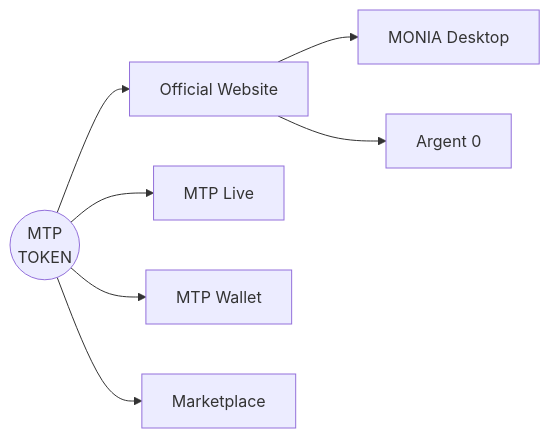
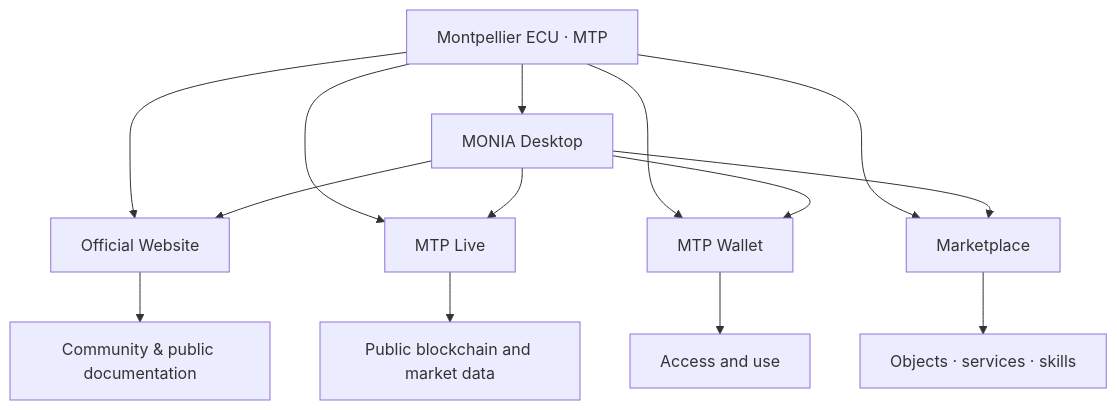
The diagram in README.md (jedi566666/MontpellierECU), drawn with Mermaid before and after one commit. The commit also changed other lines of this file and 1 other file, not shown here.

Commit message:
Publish MTP GitHub Premium V2

````diff
--- a/README.md
+++ b/README.md
@@ -47,17 +115,16 @@
 ```mermaid
-flowchart LR
-    MTP((MTP<br/>TOKEN))
-    SITE[Official Website]
-    LIVE[MTP Live]
-    WALLET[MTP Wallet]
-    MARKET[Marketplace]
-    MONIA[MONIA Desktop]
-    ZERO[Argent 0]
-
-    MTP --> SITE
-    MTP --> LIVE
-    MTP --> WALLET
-    MTP --> MARKET
-    SITE --> MONIA
-    SITE --> ZERO
+flowchart TD
+    MTP["Montpellier ECU · MTP"] --> SITE["Official Website"]
+    MTP --> LIVE["MTP Live"]
+    MTP --> WALLET["MTP Wallet"]
+    MTP --> MARKET["Marketplace"]
+    MTP --> MONIA["MONIA Desktop"]
+    SITE --> COMMUNITY["Community & public documentation"]
+    LIVE --> DATA["Public blockchain and market data"]
+    WALLET --> USE["Access and use"]
+    MARKET --> ECONOMY["Objects · services · skills"]
+    MONIA --> SITE
+    MONIA --> LIVE
+    MONIA --> WALLET
+    MONIA --> MARKET
 ```
````
